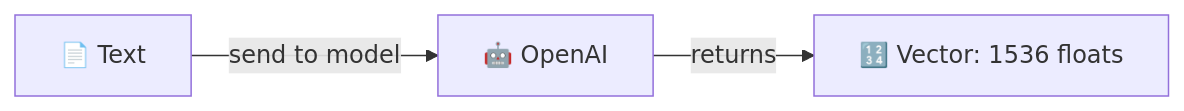
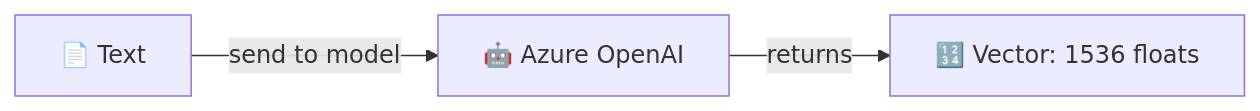
One commit to PeterMilovcik/Qdrant.Demo changed the first of 2 diagrams in module-01/README.md. Above: the diagram before and after it, drawn with Mermaid. The commit also changed other lines of this file and 25 other files, not shown here.

First line of the commit message:
feat: Update workshop to use Azure OpenAI instead of OpenAI

````diff
--- a/module-01/README.md
+++ b/module-01/README.md
@@ -39,5 +39,5 @@
 ```mermaid
 flowchart LR
-    A["📄 Text"] -->|send to model| B["🤖 OpenAI"]
+    A["📄 Text"] -->|send to model| B["🤖 Azure OpenAI"]
     B -->|returns| C["🔢 Vector: 1536 floats"]
 ```
````
